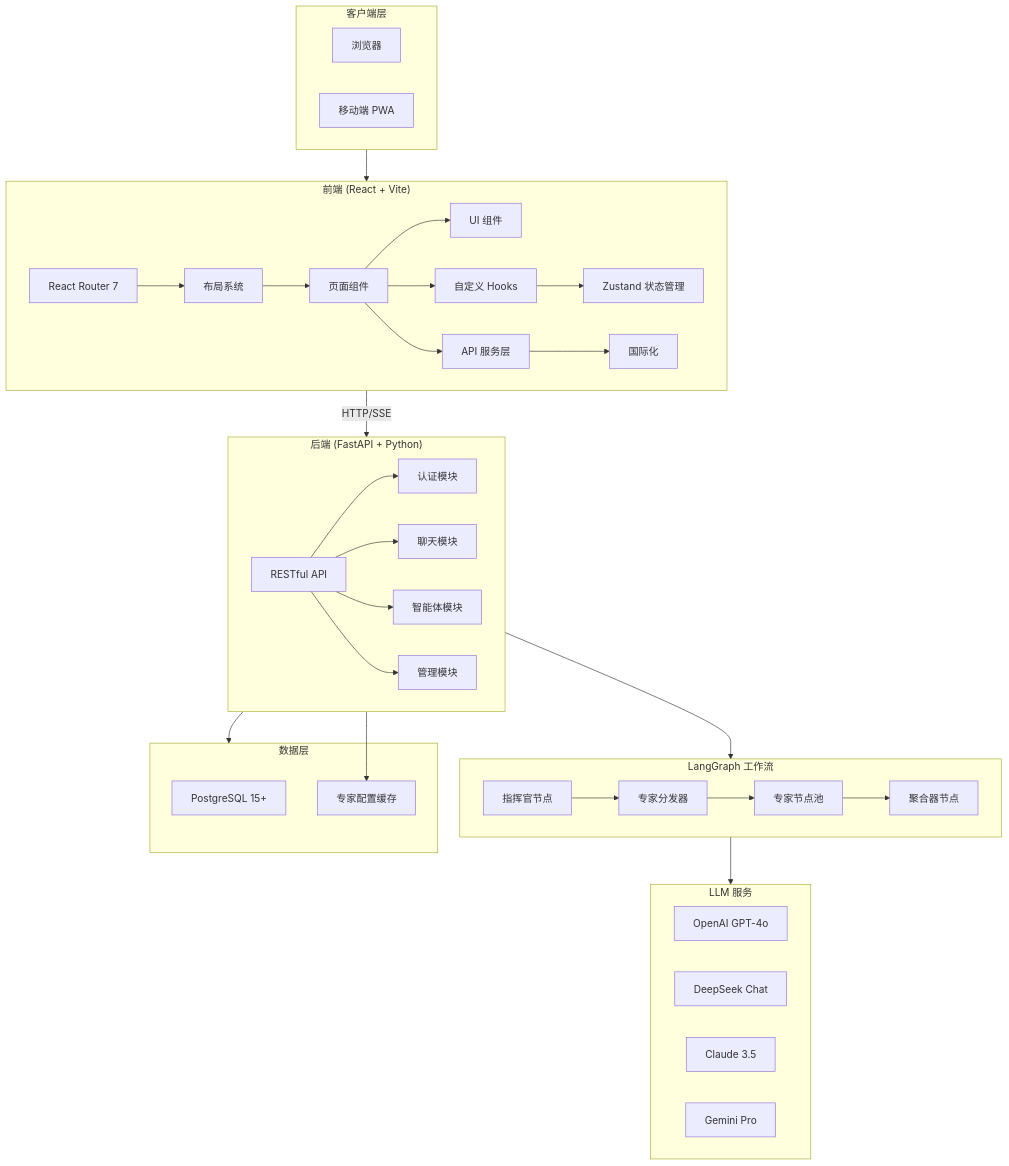
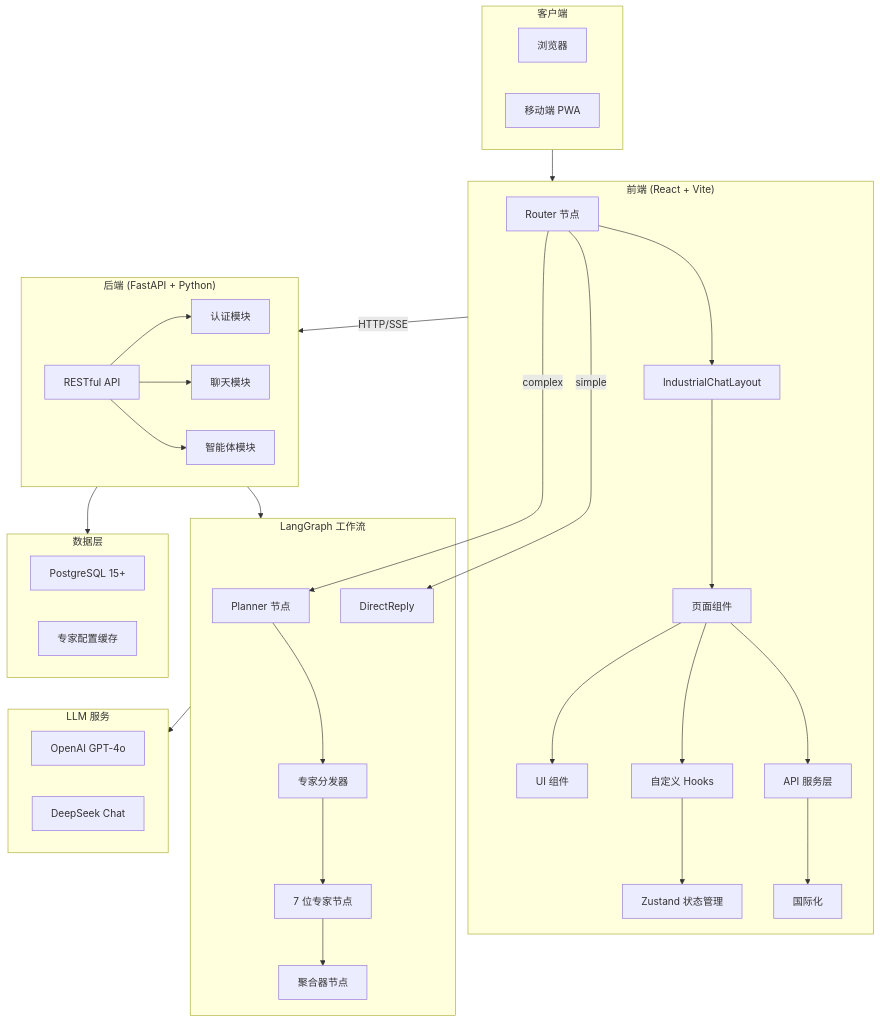
The diagram in README.md (alex1987chn/xpouch-ai), drawn with Mermaid before and after one commit. The commit also changed other lines of this file and 1 other file, not shown here.

````diff
--- a/README.md
+++ b/README.md
@@ -128,69 +151,67 @@
 ```mermaid
 graph TB
-    subgraph Client["客户端层"]
+    subgraph Client["客户端"]
         Browser["浏览器"]
         Mobile["移动端 PWA"]
     end
 
     subgraph Frontend["前端 (React + Vite)"]
         Router["React Router 7"]
-        Layouts["布局系统"]
+        Layouts["IndustrialChatLayout"]
         Pages["页面组件"]
         Components["UI 组件"]
         Store["Zustand 状态管理"]
         Hooks["自定义 Hooks"]
         Services["API 服务层"]
         I18n["国际化"]
 
         Router --> Layouts
         Layouts --> Pages
         Pages --> Components
         Pages --> Hooks
         Hooks --> Store
         Pages --> Services
         Services --> I18n
     end
 
     subgraph Backend["后端 (FastAPI + Python)"]
         API["RESTful API"]
         Auth["认证模块"]
         Chat["聊天模块"]
         Agents["智能体模块"]
-        Admin["管理模块"]
 
         API --> Auth
         API --> Chat
         API --> Agents
-        API --> Admin
     end
 
     subgraph LangGraph["LangGraph 工作流"]
-        Commander["指挥官节点"]
+        Router["Router 节点"]
+        Planner["Planner 节点"]
         Dispatcher["专家分发器"]
-        Experts["专家节点池"]
+        Experts["7 位专家节点"]
         Aggregator["聚合器节点"]
 
-        Commander --> Dispatcher
+        Router --> |simple| DirectReply
+        Router --> |complex| Planner
+        Planner --> Dispatcher
         Dispatcher --> Experts
         Experts --> Aggregator
     end
 
     subgraph Database["数据层"]
         PostgreSQL["PostgreSQL 15+"]
         Cache["专家配置缓存"]
     end
 
     subgraph LLM["LLM 服务"]
         OpenAI["OpenAI GPT-4o"]
         DeepSeek["DeepSeek Chat"]
-        Anthropic["Claude 3.5"]
-        Google["Gemini Pro"]
     end
 
     Client --> Frontend
     Frontend --> |HTTP/SSE| Backend
     Backend --> LangGraph
+    Backend --> Database
     LangGraph --> LLM
-    Backend --> Database
-    Backend --> Cache
 ```
````
